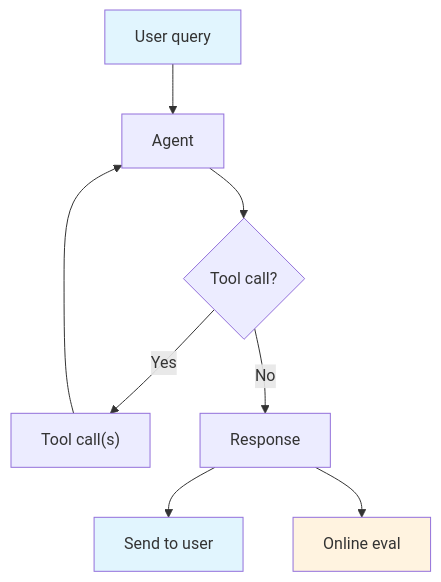
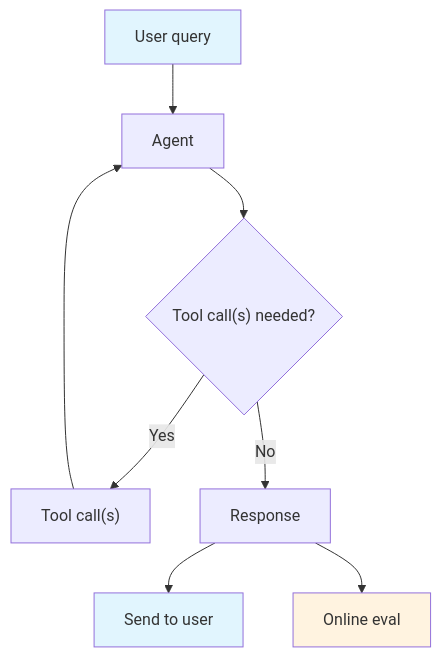
Before and after one commit to the-bos/the-bos.github.io: the diagram in _posts/2025-06-06-the-3t-framework-for-evals.markdown, drawn with Mermaid. The commit also changed other lines of this file, not shown here.

```diff
--- a/_posts/2025-06-06-the-3t-framework-for-evals.markdown
+++ b/_posts/2025-06-06-the-3t-framework-for-evals.markdown
@@ -577,16 +596,16 @@
 <div class="mermaid" style="display: flex; justify-content: center; margin: 2rem 0;">
 graph TD
     A[User query] --> B[Agent]
-    B --> C{Tool call?}
+    B --> C{"Tool call(s) needed?"}
     C -->|Yes| D["Tool call(s)"]
     C -->|No| E[Response]
     D --> B
     E --> F[Send to user]
     E --> G[Online eval]
     
     style G fill:#fff3e0
     
     style A fill:#e1f5fe
     style F fill:#e1f5fe
     style G fill:#fff3e0
 </div>
```
